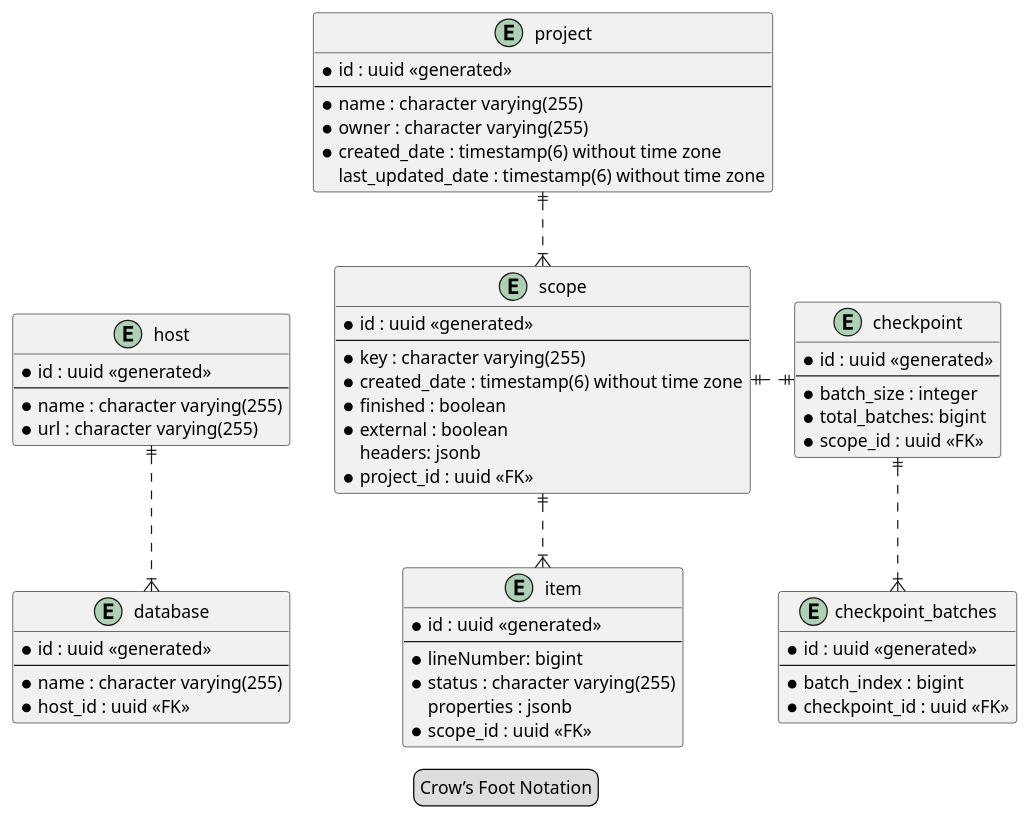
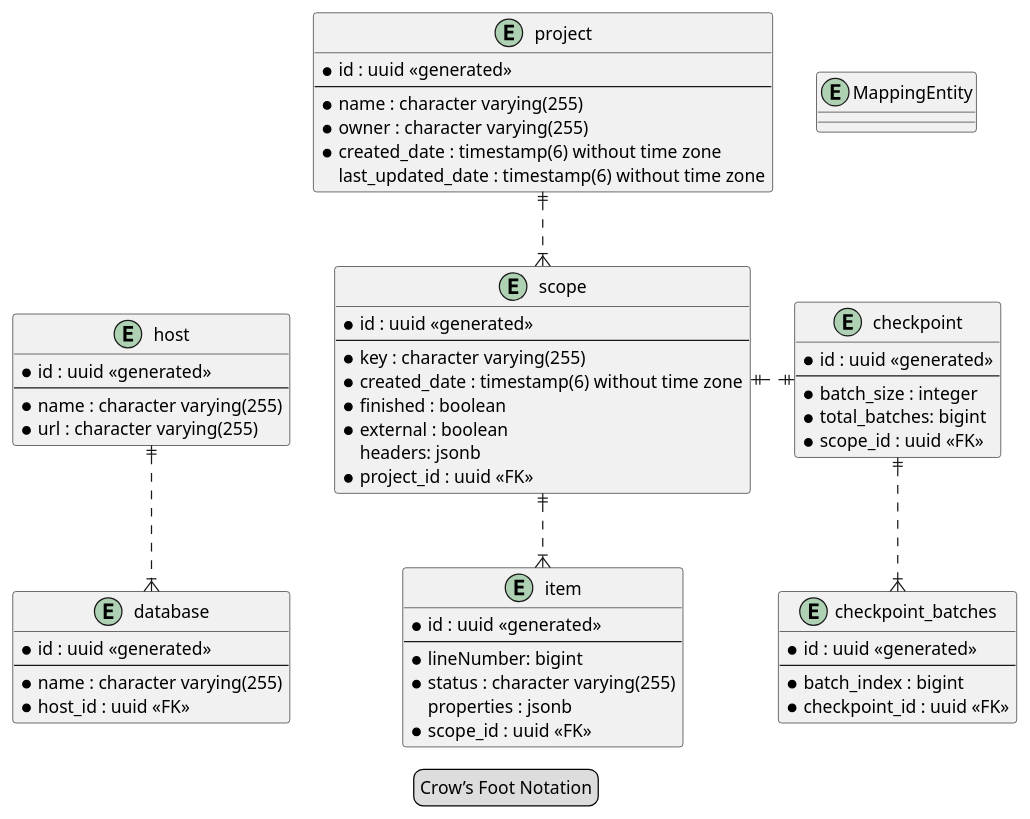
Before and after one commit to TuncerCatalkaya/data-migration: the diagram in data-migration-documentation/src/main/images/databaseModel.puml, drawn with PlantUML. The commit also changed 2 other files, not shown here.

```diff
--- a/data-migration-documentation/src/main/images/databaseModel.puml
+++ b/data-migration-documentation/src/main/images/databaseModel.puml
@@ -1,73 +1,77 @@
 @startuml
 legend Crow’s Foot Notation
 
 entity project {
     * id : uuid <<generated>>
     --
     * name : character varying(255)
     * owner : character varying(255)
     * created_date : timestamp(6) without time zone
     last_updated_date : timestamp(6) without time zone
 }
 
 entity scope {
     * id : uuid <<generated>>
     --
     * key : character varying(255)
     * created_date : timestamp(6) without time zone
     * finished : boolean
     * external : boolean
     headers: jsonb
     * project_id : uuid <<FK>>
 }
 
 entity item {
     * id : uuid <<generated>>
     --
     * lineNumber: bigint
     * status : character varying(255)
     properties : jsonb
     * scope_id : uuid <<FK>>
 }
 
 entity checkpoint {
     * id : uuid <<generated>>
     --
     * batch_size : integer
     * total_batches: bigint
     * scope_id : uuid <<FK>>
 }
 
 entity checkpoint_batches {
     * id : uuid <<generated>>
     --
     * batch_index : bigint
     * checkpoint_id : uuid <<FK>>
 }
 
+entity MappingEntity {
+
+}
+
 entity host {
     * id : uuid <<generated>>
     --
     * name : character varying(255)
     * url : character varying(255)
 }
 
 entity database {
     * id : uuid <<generated>>
     --
     * name : character varying(255)
     * host_id : uuid <<FK>>
 }
 
 project ||..|{ scope
 scope ||..|{ item
 
 scope ||.|| checkpoint
 
 checkpoint ||..|{ checkpoint_batches
 
 host ||..|{ database
 
 host -[hidden]> scope
 
 @enduml
```
